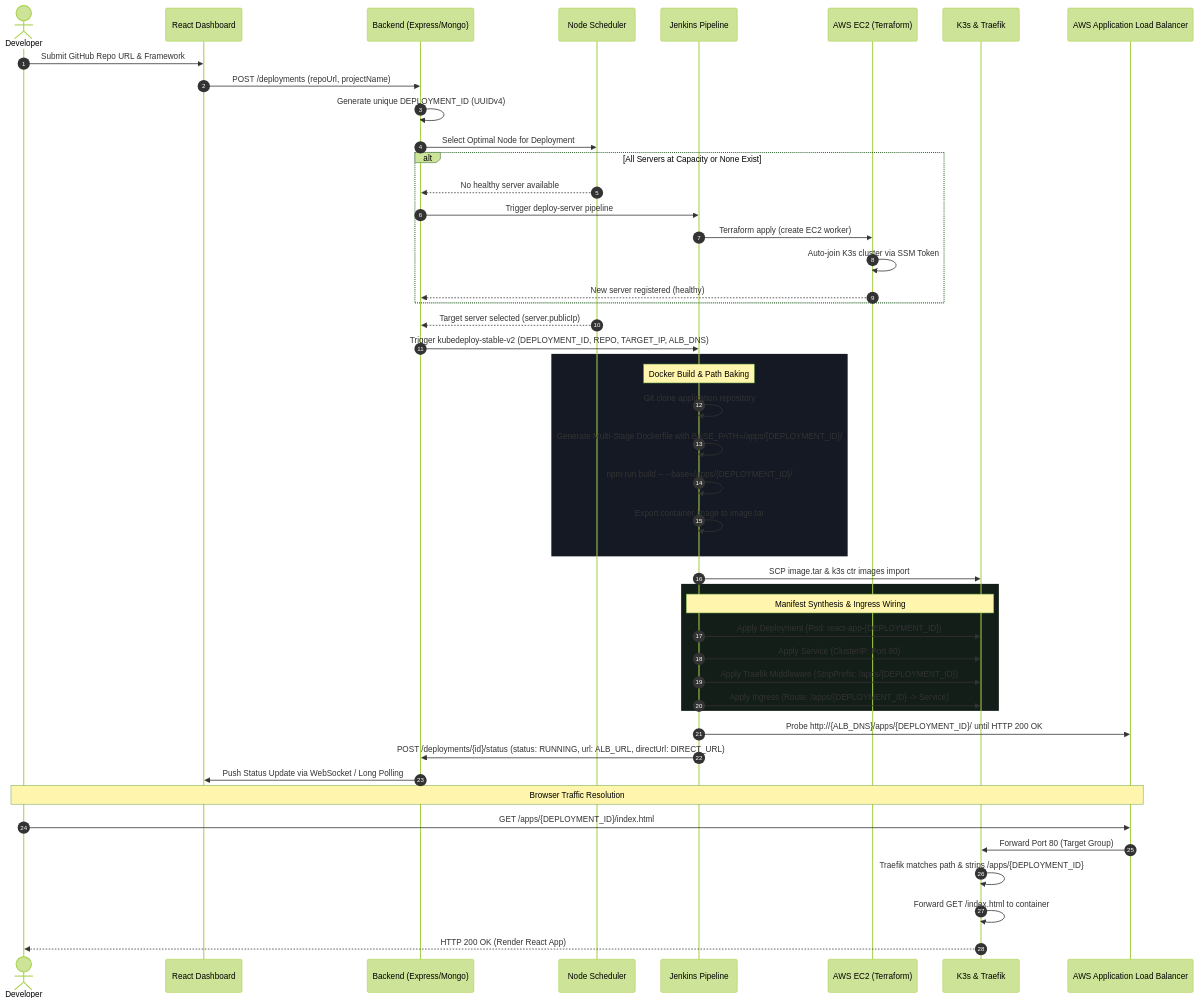
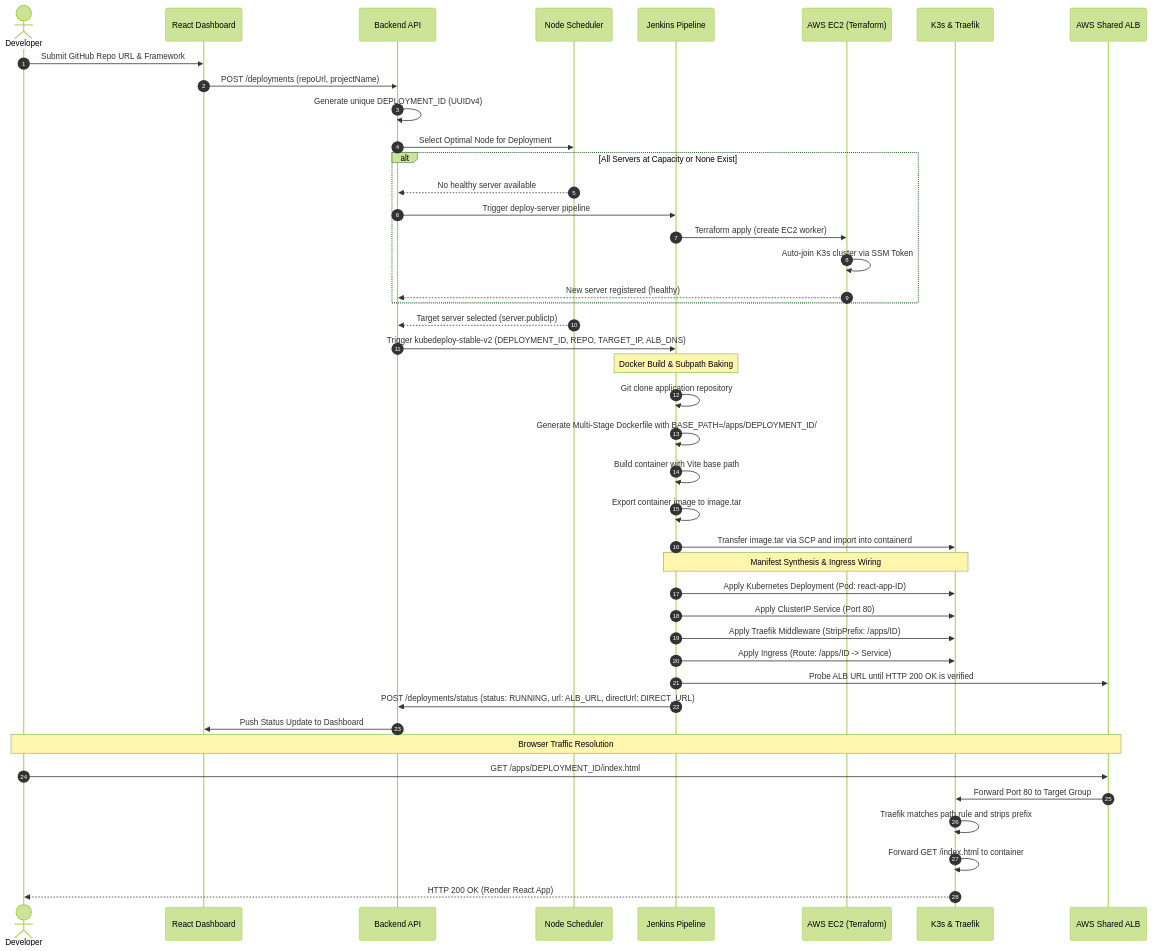
One commit to shane235k/Cloud-Deployment-Engine changed the second of 2 diagrams in README.md. Above: the diagram before and after it, drawn with Mermaid (forest theme). The commit also changed other lines of this file, not shown here.

Commit message:
docs: fix mermaid diagram syntax for github compatibility

````diff
--- a/README.md
+++ b/README.md
@@ -133,57 +133,53 @@
 ```mermaid
 sequenceDiagram
     autonumber
     actor Dev as Developer
     participant UI as React Dashboard
-    participant API as Backend (Express/Mongo)
+    participant API as Backend API
     participant Sched as Node Scheduler
     participant Jenk as Jenkins Pipeline
     participant AWS as AWS EC2 (Terraform)
     participant K3s as K3s & Traefik
-    participant ALB as AWS Application Load Balancer
+    participant ALB as AWS Shared ALB
 
     Dev->>UI: Submit GitHub Repo URL & Framework
     UI->>API: POST /deployments (repoUrl, projectName)
     API->>API: Generate unique DEPLOYMENT_ID (UUIDv4)
     API->>Sched: Select Optimal Node for Deployment
     
     alt All Servers at Capacity or None Exist
         Sched-->>API: No healthy server available
         API->>Jenk: Trigger deploy-server pipeline
         Jenk->>AWS: Terraform apply (create EC2 worker)
         AWS->>AWS: Auto-join K3s cluster via SSM Token
         AWS-->>API: New server registered (healthy)
     end
 
     Sched-->>API: Target server selected (server.publicIp)
     API->>Jenk: Trigger kubedeploy-stable-v2 (DEPLOYMENT_ID, REPO, TARGET_IP, ALB_DNS)
     
-    rect rgb(20, 25, 35)
-        Note over Jenk: Docker Build & Path Baking
-        Jenk->>Jenk: Git clone application repository
-        Jenk->>Jenk: Generate Multi-Stage Dockerfile with BASE_PATH=/apps/{DEPLOYMENT_ID}/
-        Jenk->>Jenk: npm run build -- --base=/apps/{DEPLOYMENT_ID}/
-        Jenk->>Jenk: Export container image to image.tar
-    end
+    Note over Jenk: Docker Build & Subpath Baking
+    Jenk->>Jenk: Git clone application repository
+    Jenk->>Jenk: Generate Multi-Stage Dockerfile with BASE_PATH=/apps/DEPLOYMENT_ID/
+    Jenk->>Jenk: Build container with Vite base path
+    Jenk->>Jenk: Export container image to image.tar
 
-    Jenk->>K3s: SCP image.tar & k3s ctr images import
+    Jenk->>K3s: Transfer image.tar via SCP and import into containerd
     
-    rect rgb(20, 30, 25)
-        Note over Jenk,K3s: Manifest Synthesis & Ingress Wiring
-        Jenk->>K3s: Apply Deployment (Pod: react-app-{DEPLOYMENT_ID})
-        Jenk->>K3s: Apply Service (ClusterIP: Port 80)
-        Jenk->>K3s: Apply Traefik Middleware (StripPrefix: /apps/{DEPLOYMENT_ID})
-        Jenk->>K3s: Apply Ingress (Route: /apps/{DEPLOYMENT_ID} -> Service)
-    end
+    Note over Jenk,K3s: Manifest Synthesis & Ingress Wiring
+    Jenk->>K3s: Apply Kubernetes Deployment (Pod: react-app-ID)
+    Jenk->>K3s: Apply ClusterIP Service (Port 80)
+    Jenk->>K3s: Apply Traefik Middleware (StripPrefix: /apps/ID)
+    Jenk->>K3s: Apply Ingress (Route: /apps/ID -> Service)
 
-    Jenk->>ALB: Probe http://{ALB_DNS}/apps/{DEPLOYMENT_ID}/ until HTTP 200 OK
-    Jenk->>API: POST /deployments/{id}/status (status: RUNNING, url: ALB_URL, directUrl: DIRECT_URL)
-    API->>UI: Push Status Update via WebSocket / Long Polling
+    Jenk->>ALB: Probe ALB URL until HTTP 200 OK is verified
+    Jenk->>API: POST /deployments/status (status: RUNNING, url: ALB_URL, directUrl: DIRECT_URL)
+    API->>UI: Push Status Update to Dashboard
     
     Note over Dev,ALB: Browser Traffic Resolution
-    Dev->>ALB: GET /apps/{DEPLOYMENT_ID}/index.html
-    ALB->>K3s: Forward Port 80 (Target Group)
-    K3s->>K3s: Traefik matches path & strips /apps/{DEPLOYMENT_ID}
+    Dev->>ALB: GET /apps/DEPLOYMENT_ID/index.html
+    ALB->>K3s: Forward Port 80 to Target Group
+    K3s->>K3s: Traefik matches path rule and strips prefix
     K3s->>K3s: Forward GET /index.html to container
     K3s-->>Dev: HTTP 200 OK (Render React App)
 ```
````
